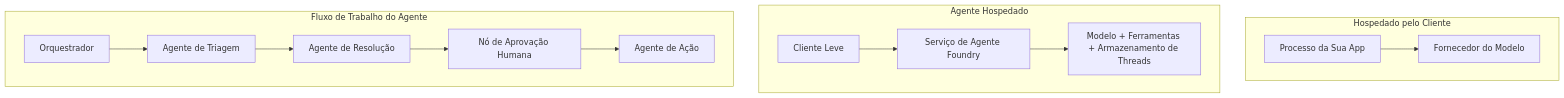
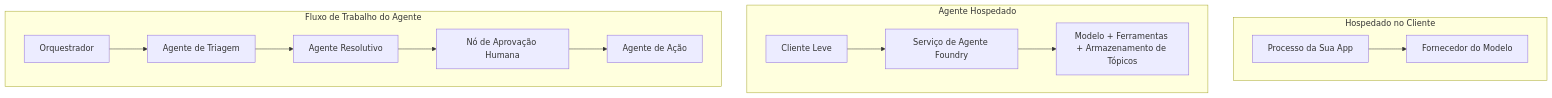
One commit to microsoft/ai-agents-for-beginners changed the first of 4 diagrams in translations/pt-PT/16-deploying-scalable-agents/README.md. Above: the diagram before and after it, drawn with Mermaid. The commit also changed other lines of this file and 46 other files, not shown here.

````diff
--- a/translations/pt-PT/16-deploying-scalable-agents/README.md
+++ b/translations/pt-PT/16-deploying-scalable-agents/README.md
@@ -87,16 +87,16 @@
 ```mermaid
 flowchart TB
-    subgraph P1[Hospedado pelo Cliente]
+    subgraph P1[Hospedado no Cliente]
         A1[Processo da Sua App] --> M1[Fornecedor do Modelo]
     end
     subgraph P2[Agente Hospedado]
         A2[Cliente Leve] --> F2[Serviço de Agente Foundry]
-        F2 --> M2[Modelo + Ferramentas + Armazenamento de Threads]
+        F2 --> M2[Modelo + Ferramentas + Armazenamento de Tópicos]
     end
     subgraph P3[Fluxo de Trabalho do Agente]
         A3[Orquestrador] --> S1[Agente de Triagem]
-        S1 --> S2[Agente de Resolução]
+        S1 --> S2[Agente Resolutivo]
         S2 --> H[Nó de Aprovação Humana]
         H --> S3[Agente de Ação]
     end
 ```
````
